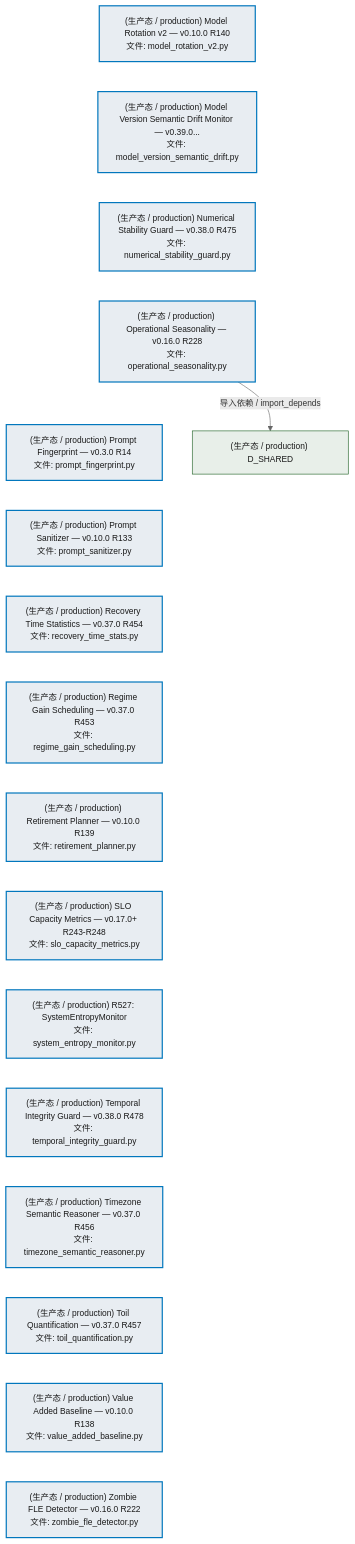
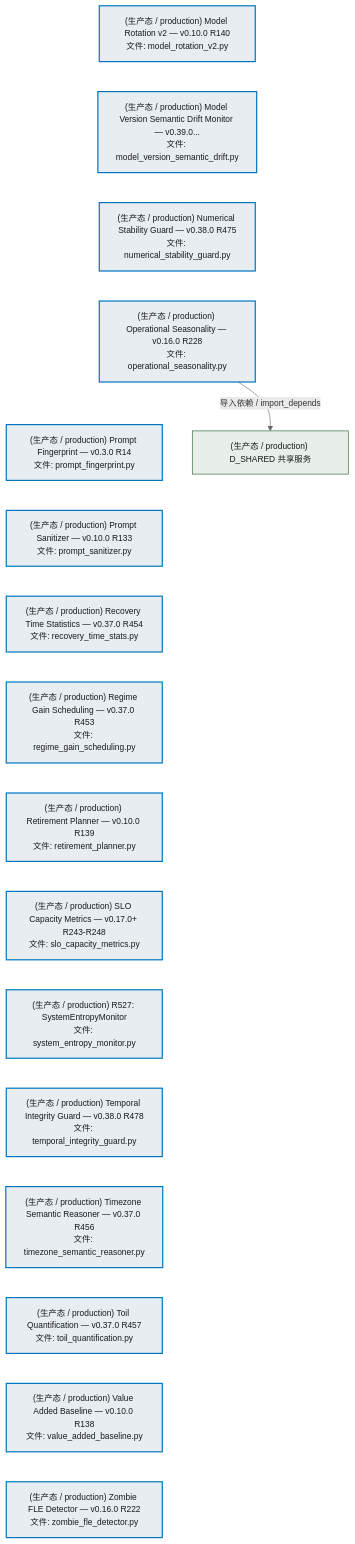
Before and after one commit to xuanFelixVan/ZephyrAlpha: the third of 5 diagrams in docs/02_enterprise_architecture/02_domain_architecture_docs/16_d_fbl_diagnosers.md, drawn with Mermaid. The commit also changed other lines of this file and 45 other files, not shown here.

````diff
--- a/docs/02_enterprise_architecture/02_domain_architecture_docs/16_d_fbl_diagnosers.md
+++ b/docs/02_enterprise_architecture/02_domain_architecture_docs/16_d_fbl_diagnosers.md
@@ -293,43 +293,43 @@
 ```mermaid
 %%{init: {'theme': 'base', 'themeVariables': {'primaryColor': '#eaeaea', 'primaryTextColor': '#333333', 'primaryBorderColor': '#666666', 'lineColor': '#666666', 'secondaryColor': '#eaeaea', 'tertiaryColor': '#eaeaea', 'fontSize': '14px'}}}%%
 flowchart TD
     src_zephyr_feedback_loop_diagnosers_reliability_model_rotation_v2_py["(生产态 / production) Model Rotation v2 — v0.10.0 R140<br/>文件: model_rotation_v2.py"]
     src_zephyr_feedback_loop_diagnosers_reliability_model_version_semantic_drift_py["(生产态 / production) Model Version Semantic Drift Monitor — v0.39.0...<br/>文件: model_version_semantic_drift.py"]
     src_zephyr_feedback_loop_diagnosers_reliability_numerical_stability_guard_py["(生产态 / production) Numerical Stability Guard — v0.38.0 R475<br/>文件: numerical_stability_guard.py"]
     src_zephyr_feedback_loop_diagnosers_reliability_operational_seasonality_py["(生产态 / production) Operational Seasonality — v0.16.0 R228<br/>文件: operational_seasonality.py"]
     src_zephyr_feedback_loop_diagnosers_reliability_prompt_fingerprint_py["(生产态 / production) Prompt Fingerprint — v0.3.0 R14<br/>文件: prompt_fingerprint.py"]
     src_zephyr_feedback_loop_diagnosers_reliability_prompt_sanitizer_py["(生产态 / production) Prompt Sanitizer — v0.10.0 R133<br/>文件: prompt_sanitizer.py"]
     src_zephyr_feedback_loop_diagnosers_reliability_recovery_time_stats_py["(生产态 / production) Recovery Time Statistics — v0.37.0 R454<br/>文件: recovery_time_stats.py"]
     src_zephyr_feedback_loop_diagnosers_reliability_regime_gain_scheduling_py["(生产态 / production) Regime Gain Scheduling — v0.37.0 R453<br/>文件: regime_gain_scheduling.py"]
     src_zephyr_feedback_loop_diagnosers_reliability_retirement_planner_py["(生产态 / production) Retirement Planner — v0.10.0 R139<br/>文件: retirement_planner.py"]
     src_zephyr_feedback_loop_diagnosers_reliability_slo_capacity_metrics_py["(生产态 / production) SLO Capacity Metrics — v0.17.0+ R243-R248<br/>文件: slo_capacity_metrics.py"]
     src_zephyr_feedback_loop_diagnosers_reliability_system_entropy_monitor_py["(生产态 / production) R527: SystemEntropyMonitor<br/>文件: system_entropy_monitor.py"]
     src_zephyr_feedback_loop_diagnosers_reliability_temporal_integrity_guard_py["(生产态 / production) Temporal Integrity Guard — v0.38.0 R478<br/>文件: temporal_integrity_guard.py"]
     src_zephyr_feedback_loop_diagnosers_reliability_timezone_semantic_reasoner_py["(生产态 / production) Timezone Semantic Reasoner — v0.37.0 R456<br/>文件: timezone_semantic_reasoner.py"]
     src_zephyr_feedback_loop_diagnosers_reliability_toil_quantification_py["(生产态 / production) Toil Quantification — v0.37.0 R457<br/>文件: toil_quantification.py"]
     src_zephyr_feedback_loop_diagnosers_reliability_value_added_baseline_py["(生产态 / production) Value Added Baseline — v0.10.0 R138<br/>文件: value_added_baseline.py"]
     src_zephyr_feedback_loop_diagnosers_reliability_zombie_fle_detector_py["(生产态 / production) Zombie FLE Detector — v0.16.0 R222<br/>文件: zombie_fle_detector.py"]
     src_zephyr_feedback_loop_diagnosers_reliability_model_rotation_v2_py ~~~ src_zephyr_feedback_loop_diagnosers_reliability_model_version_semantic_drift_py
     src_zephyr_feedback_loop_diagnosers_reliability_model_version_semantic_drift_py ~~~ src_zephyr_feedback_loop_diagnosers_reliability_numerical_stability_guard_py
     src_zephyr_feedback_loop_diagnosers_reliability_numerical_stability_guard_py ~~~ src_zephyr_feedback_loop_diagnosers_reliability_operational_seasonality_py
     src_zephyr_feedback_loop_diagnosers_reliability_operational_seasonality_py ~~~ src_zephyr_feedback_loop_diagnosers_reliability_prompt_fingerprint_py
     src_zephyr_feedback_loop_diagnosers_reliability_prompt_fingerprint_py ~~~ src_zephyr_feedback_loop_diagnosers_reliability_prompt_sanitizer_py
     src_zephyr_feedback_loop_diagnosers_reliability_prompt_sanitizer_py ~~~ src_zephyr_feedback_loop_diagnosers_reliability_recovery_time_stats_py
     src_zephyr_feedback_loop_diagnosers_reliability_recovery_time_stats_py ~~~ src_zephyr_feedback_loop_diagnosers_reliability_regime_gain_scheduling_py
     src_zephyr_feedback_loop_diagnosers_reliability_regime_gain_scheduling_py ~~~ src_zephyr_feedback_loop_diagnosers_reliability_retirement_planner_py
     src_zephyr_feedback_loop_diagnosers_reliability_retirement_planner_py ~~~ src_zephyr_feedback_loop_diagnosers_reliability_slo_capacity_metrics_py
     src_zephyr_feedback_loop_diagnosers_reliability_slo_capacity_metrics_py ~~~ src_zephyr_feedback_loop_diagnosers_reliability_system_entropy_monitor_py
     src_zephyr_feedback_loop_diagnosers_reliability_system_entropy_monitor_py ~~~ src_zephyr_feedback_loop_diagnosers_reliability_temporal_integrity_guard_py
     src_zephyr_feedback_loop_diagnosers_reliability_temporal_integrity_guard_py ~~~ src_zephyr_feedback_loop_diagnosers_reliability_timezone_semantic_reasoner_py
     src_zephyr_feedback_loop_diagnosers_reliability_timezone_semantic_reasoner_py ~~~ src_zephyr_feedback_loop_diagnosers_reliability_toil_quantification_py
     src_zephyr_feedback_loop_diagnosers_reliability_toil_quantification_py ~~~ src_zephyr_feedback_loop_diagnosers_reliability_value_added_baseline_py
     src_zephyr_feedback_loop_diagnosers_reliability_value_added_baseline_py ~~~ src_zephyr_feedback_loop_diagnosers_reliability_zombie_fle_detector_py
-    D_SHARED["(生产态 / production) D_SHARED"]
+    D_SHARED["(生产态 / production) D_SHARED 共享服务"]
     src_zephyr_feedback_loop_diagnosers_reliability_operational_seasonality_py -->|导入依赖 / import_depends| D_SHARED
     classDef production fill:#e8edf2,stroke:#0277bd,stroke-width:2px,color:#1a1a1a
     classDef design fill:#f0ebe3,stroke:#bf360c,stroke-width:2px,color:#1a1a1a,stroke-dasharray: 5 5
     classDef external_prod fill:#e8efe9,stroke:#1b5e20,stroke-width:1px,color:#1a1a1a
     classDef external_design fill:#efe5ea,stroke:#880e4f,stroke-width:1px,color:#1a1a1a,stroke-dasharray: 5 5
     class src_zephyr_feedback_loop_diagnosers_reliability_model_rotation_v2_py,src_zephyr_feedback_loop_diagnosers_reliability_model_version_semantic_drift_py,src_zephyr_feedback_loop_diagnosers_reliability_numerical_stability_guard_py,src_zephyr_feedback_loop_diagnosers_reliability_operational_seasonality_py,src_zephyr_feedback_loop_diagnosers_reliability_prompt_fingerprint_py,src_zephyr_feedback_loop_diagnosers_reliability_prompt_sanitizer_py,src_zephyr_feedback_loop_diagnosers_reliability_recovery_time_stats_py,src_zephyr_feedback_loop_diagnosers_reliability_regime_gain_scheduling_py,src_zephyr_feedback_loop_diagnosers_reliability_retirement_planner_py,src_zephyr_feedback_loop_diagnosers_reliability_slo_capacity_metrics_py,src_zephyr_feedback_loop_diagnosers_reliability_system_entropy_monitor_py,src_zephyr_feedback_loop_diagnosers_reliability_temporal_integrity_guard_py,src_zephyr_feedback_loop_diagnosers_reliability_timezone_semantic_reasoner_py,src_zephyr_feedback_loop_diagnosers_reliability_toil_quantification_py,src_zephyr_feedback_loop_diagnosers_reliability_value_added_baseline_py,src_zephyr_feedback_loop_diagnosers_reliability_zombie_fle_detector_py production
     class D_SHARED external_prod
 ```
````
